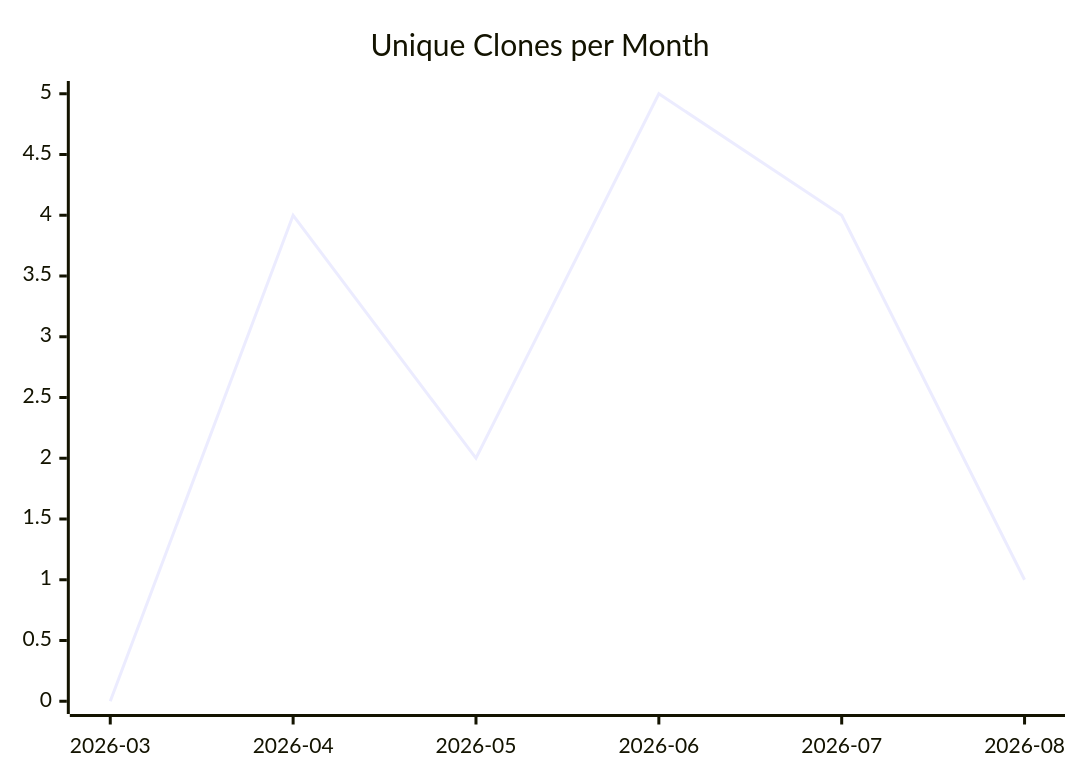
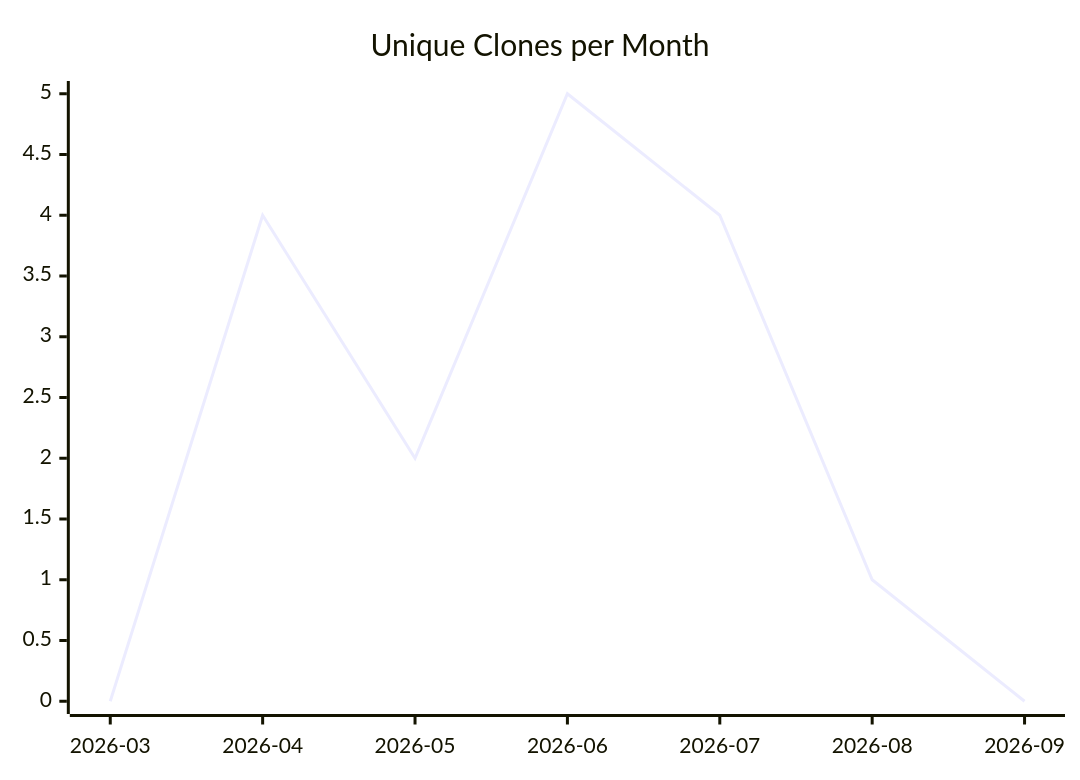
The third of 3 diagrams in karlmdavis/todoist-ai/README.md (justdavis-family/github-analytics-data), drawn with Mermaid before and after one commit. The commit also changed other lines of this file and 124 other files, not shown here.

````diff
--- a/karlmdavis/todoist-ai/README.md
+++ b/karlmdavis/todoist-ai/README.md
@@ -19,6 +19,6 @@
 ```mermaid
 xychart-beta
   title "Unique Clones per Month"
-  x-axis ["2026-03", "2026-04", "2026-05", "2026-06", "2026-07", "2026-08"]
-  line [0, 4, 2, 5, 4, 1]
+  x-axis ["2026-03", "2026-04", "2026-05", "2026-06", "2026-07", "2026-08", "2026-09"]
+  line [0, 4, 2, 5, 4, 1, 0]
 ```
````
